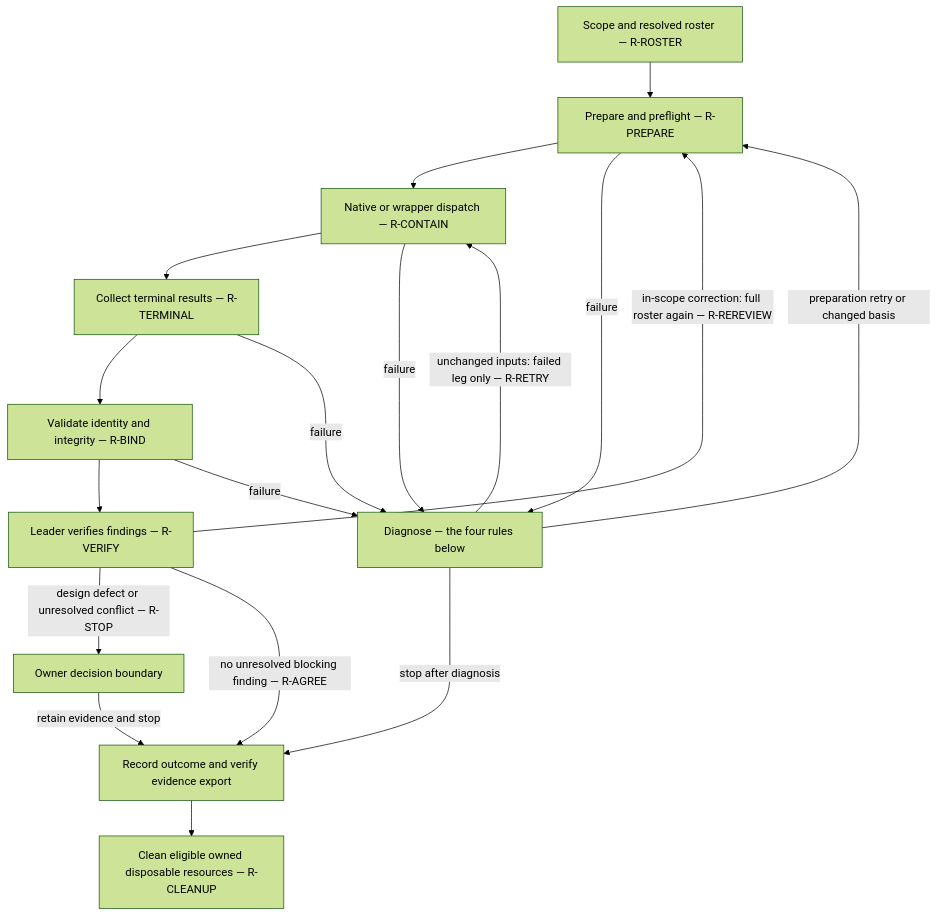
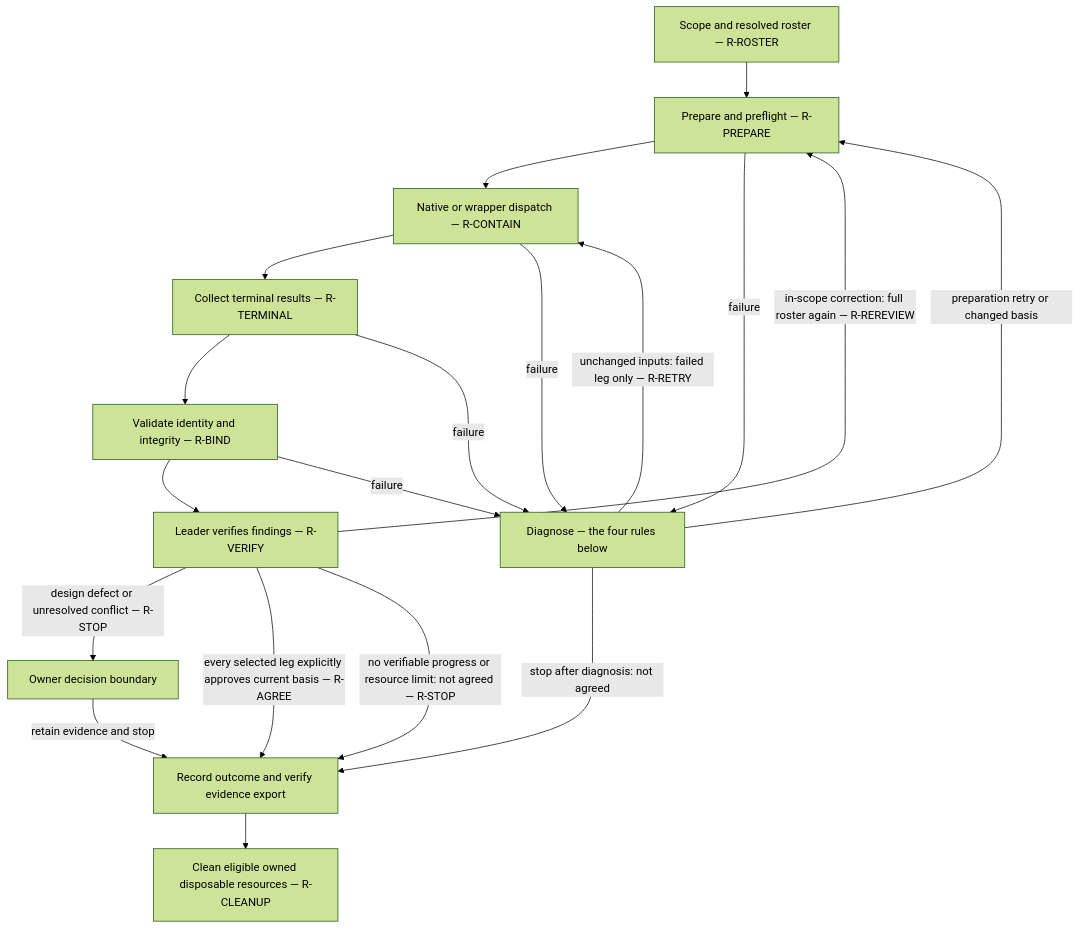
One commit to codefoundry-io/triad-dispatch-spec changed the diagram in reference/process.md. Above: the diagram before and after it, drawn with Mermaid (forest theme). The commit also changed other lines of this file and 23 other files, not shown here.

````diff
--- a/reference/process.md
+++ b/reference/process.md
@@ -6,20 +6,21 @@
 ```mermaid
 flowchart TD
   S[Scope and resolved roster — R-ROSTER] --> P[Prepare and preflight — R-PREPARE]
   P --> D[Native or wrapper dispatch — R-CONTAIN]
   D --> C[Collect terminal results — R-TERMINAL]
   C --> V[Validate identity and integrity — R-BIND]
   V --> L[Leader verifies findings — R-VERIFY]
   P -->|failure| X[Diagnose — the four rules below]
   D -->|failure| X
   C -->|failure| X
   V -->|failure| X
   X -->|unchanged inputs: failed leg only — R-RETRY| D
   X -->|preparation retry or changed basis| P
   L -->|in-scope correction: full roster again — R-REREVIEW| P
   L -->|design defect or unresolved conflict — R-STOP| O[Owner decision boundary]
-  L -->|no unresolved blocking finding — R-AGREE| E[Record outcome and verify evidence export]
-  X -->|stop after diagnosis| E
+  L -->|every selected leg explicitly approves current basis — R-AGREE| E[Record outcome and verify evidence export]
+  L -->|no verifiable progress or resource limit: not agreed — R-STOP| E
+  X -->|stop after diagnosis: not agreed| E
   O -->|retain evidence and stop| E
   E --> K[Clean eligible owned disposable resources — R-CLEANUP]
 ```
````
